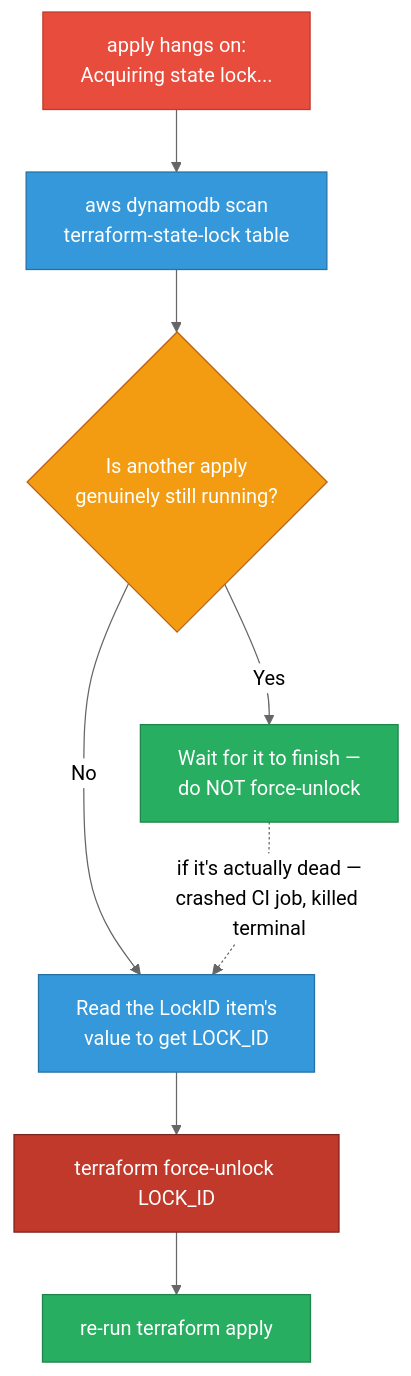
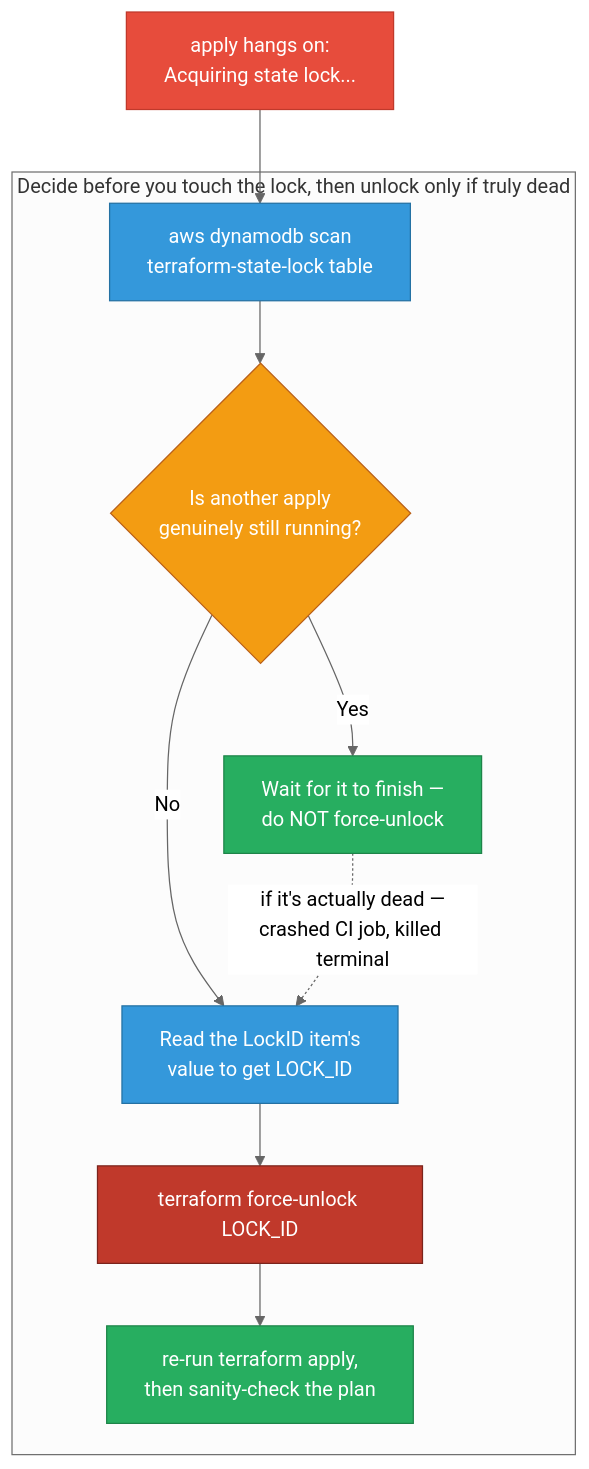
The third of 8 diagrams in sre/iac-scenarios.md (deepanshu-rawat6/DevOpsIndex), drawn with Mermaid (neutral theme) before and after one commit. The commit also changed other lines of this file and 7 other files, not shown here.

````diff
--- a/sre/iac-scenarios.md
+++ b/sre/iac-scenarios.md
@@ -133,17 +139,20 @@
 ```mermaid
 flowchart TD
     classDef err fill:#e74c3c,stroke:#c0392b,color:#fff
     classDef decision fill:#f39c12,stroke:#ba6018,color:#fff
     classDef fix fill:#27ae60,stroke:#1e8449,color:#fff
     classDef verify fill:#3498db,stroke:#2471a3,color:#fff
     classDef danger fill:#c0392b,stroke:#7b241c,color:#fff
 
     HANG["apply hangs on:<br/>Acquiring state lock..."]:::err --> SCAN["aws dynamodb scan<br/>terraform-state-lock table"]:::verify
-    SCAN --> ACTIVE{"Is another apply<br/>genuinely still running?"}:::decision
-    ACTIVE -->|Yes| WAIT["Wait for it to finish —<br/>do NOT force-unlock"]:::fix
-    ACTIVE -->|No| GETID["Read the LockID item's<br/>value to get LOCK_ID"]:::verify
-    GETID --> UNLOCK["terraform force-unlock LOCK_ID"]:::danger
-    UNLOCK --> RERUN["re-run terraform apply"]:::fix
+
+    subgraph DECIDE["Decide before you touch the lock, then unlock only if truly dead"]
+        SCAN --> ACTIVE{"Is another apply<br/>genuinely still running?"}:::decision
+        ACTIVE -->|Yes| WAIT["Wait for it to finish —<br/>do NOT force-unlock"]:::fix
+        ACTIVE -->|No| GETID["Read the LockID item's<br/>value to get LOCK_ID"]:::verify
+        GETID --> UNLOCK["terraform force-unlock LOCK_ID"]:::danger
+        UNLOCK --> RERUN["re-run terraform apply,<br/>then sanity-check the plan"]:::fix
+    end
 
     WAIT -.->|"if it's actually dead —<br/>crashed CI job, killed terminal"| GETID
 ```
````
